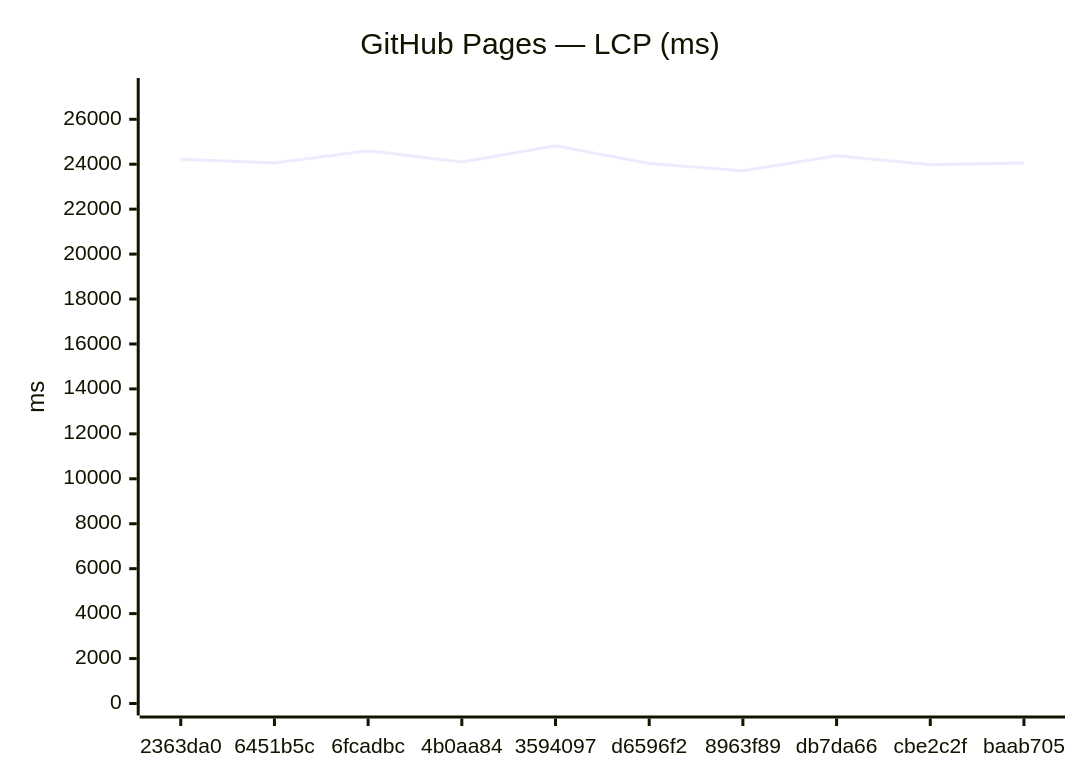
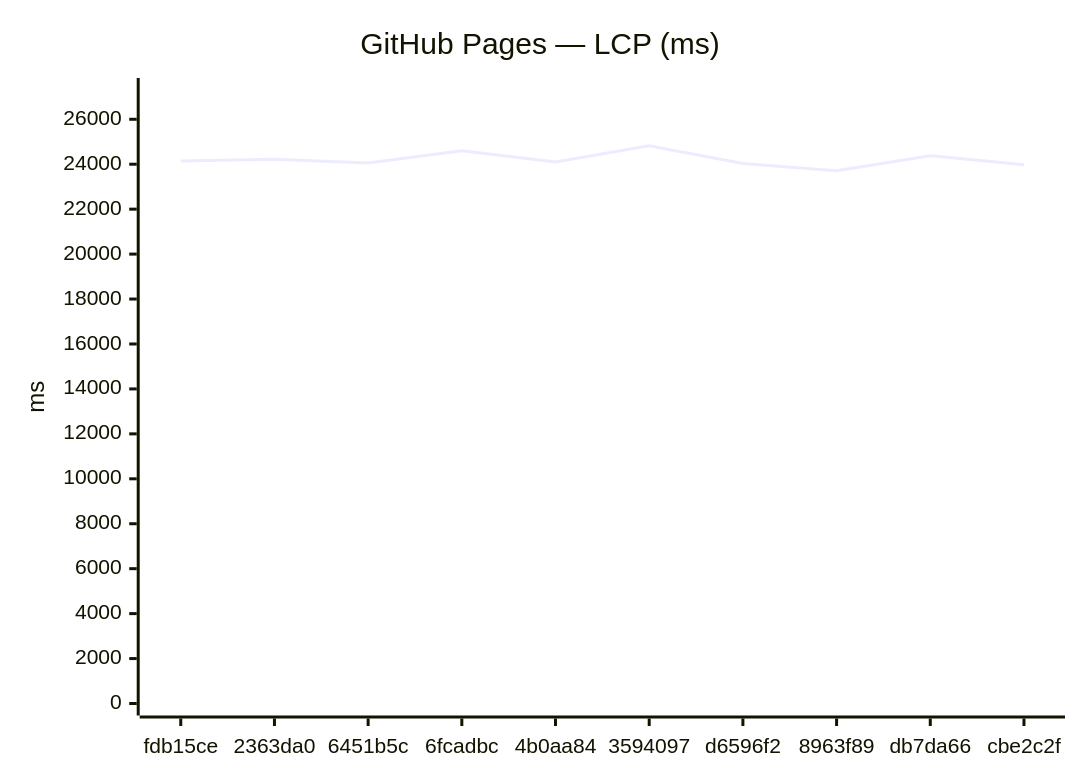
Before and after one commit to Metaheurist/Rianell: the third of 12 diagrams in benchmarks/compare.md, drawn with Mermaid. The commit also changed other lines of this file and 8 other files, not shown here.

````diff
--- a/benchmarks/compare.md
+++ b/benchmarks/compare.md
@@ -54,7 +54,7 @@
 ```mermaid
 xychart-beta
     title "GitHub Pages — LCP (ms)"
-    x-axis ["2363da0", "6451b5c", "6fcadbc", "4b0aa84", "3594097", "d6596f2", "8963f89", "db7da66", "cbe2c2f", "baab705"]
+    x-axis ["fdb15ce", "2363da0", "6451b5c", "6fcadbc", "4b0aa84", "3594097", "d6596f2", "8963f89", "db7da66", "cbe2c2f"]
     y-axis "ms" 0 --> 27303
-    line [24218, 24056, 24599, 24101, 24820, 24030, 23715, 24380, 23980, 24058]
+    line [24144, 24218, 24056, 24599, 24101, 24820, 24030, 23715, 24380, 23980]
 ```
````
